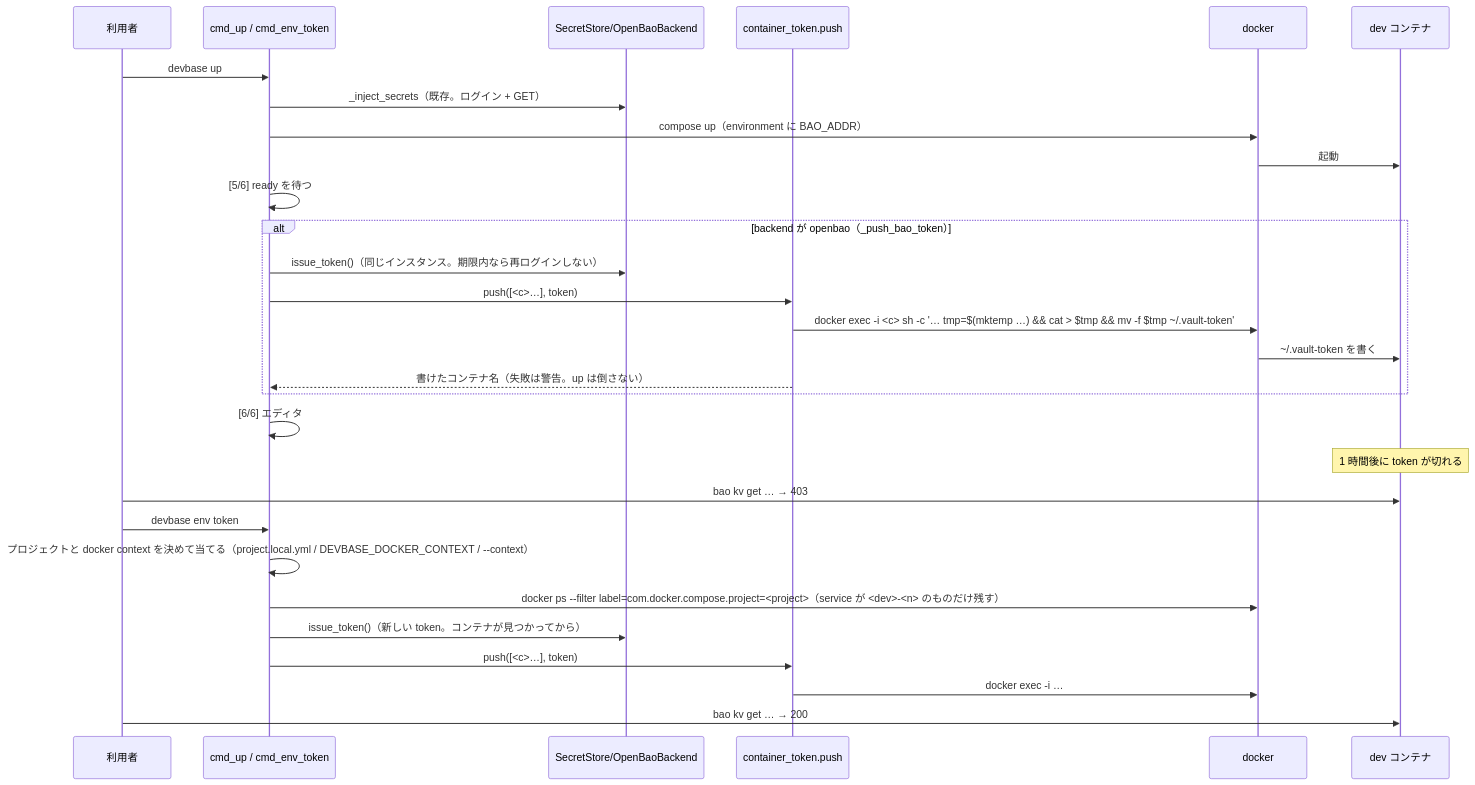
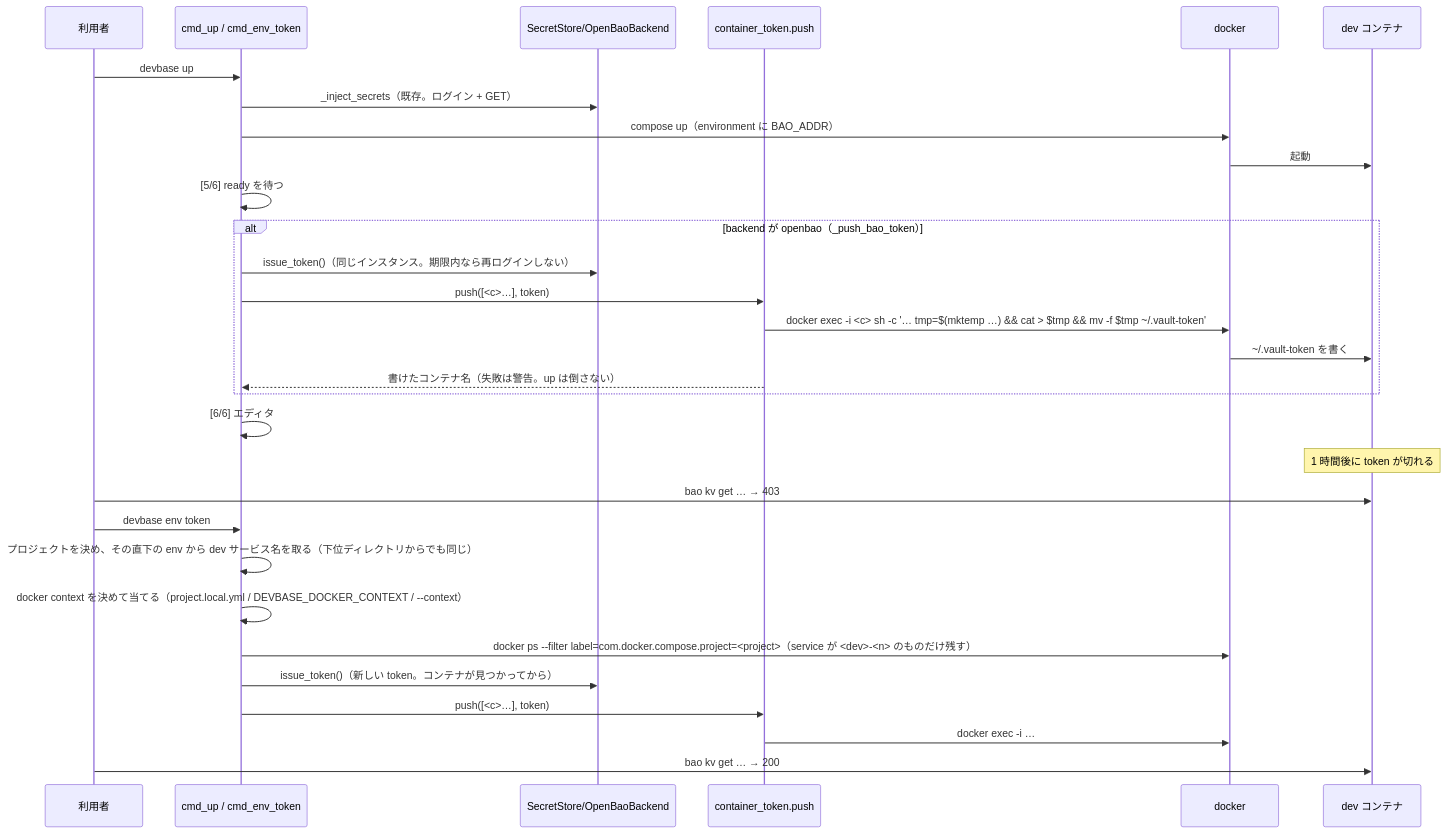
One commit to devbasex/devbase changed the third of 3 diagrams in issues/PLAN54_bao-in-container-design.md. Above: the diagram before and after it, drawn with Mermaid. The commit also changed other lines of this file, not shown here.

First line of the commit message:
docs(PLAN54): round 5 のレビュー指摘に対応（SecretStore の保持は変更として書く、env token は直下の env から dev サービス名を取る）

````diff
--- a/issues/PLAN54_bao-in-container-design.md
+++ b/issues/PLAN54_bao-in-container-design.md
@@ -220,31 +230,32 @@
 ```mermaid
 sequenceDiagram
     participant U as 利用者
     participant UP as cmd_up / cmd_env_token
     participant ST as SecretStore/OpenBaoBackend
     participant P as container_token.push
     participant D as docker
     participant C as dev コンテナ
     U->>UP: devbase up
     UP->>ST: _inject_secrets（既存。ログイン + GET）
     UP->>D: compose up（environment に BAO_ADDR）
     D->>C: 起動
     UP->>UP: [5/6] ready を待つ
     alt backend が openbao（_push_bao_token）
         UP->>ST: issue_token()（同じインスタンス。期限内なら再ログインしない）
         UP->>P: push([<c>…], token)
         P->>D: docker exec -i <c> sh -c '… tmp=$(mktemp …) && cat > $tmp && mv -f $tmp ~/.vault-token'
         D->>C: ~/.vault-token を書く
         P-->>UP: 書けたコンテナ名（失敗は警告。up は倒さない）
     end
     UP->>UP: [6/6] エディタ
     Note over C: 1 時間後に token が切れる
     U->>C: bao kv get … → 403
     U->>UP: devbase env token
-    UP->>UP: プロジェクトと docker context を決めて当てる（project.local.yml / DEVBASE_DOCKER_CONTEXT / --context）
+    UP->>UP: プロジェクトを決め、その直下の env から dev サービス名を取る（下位ディレクトリからでも同じ）
+    UP->>UP: docker context を決めて当てる（project.local.yml / DEVBASE_DOCKER_CONTEXT / --context）
     UP->>D: docker ps --filter label=com.docker.compose.project=<project>（service が <dev>-<n> のものだけ残す）
     UP->>ST: issue_token()（新しい token。コンテナが見つかってから）
     UP->>P: push([<c>…], token)
     P->>D: docker exec -i …
     U->>C: bao kv get … → 200
 ```
````
